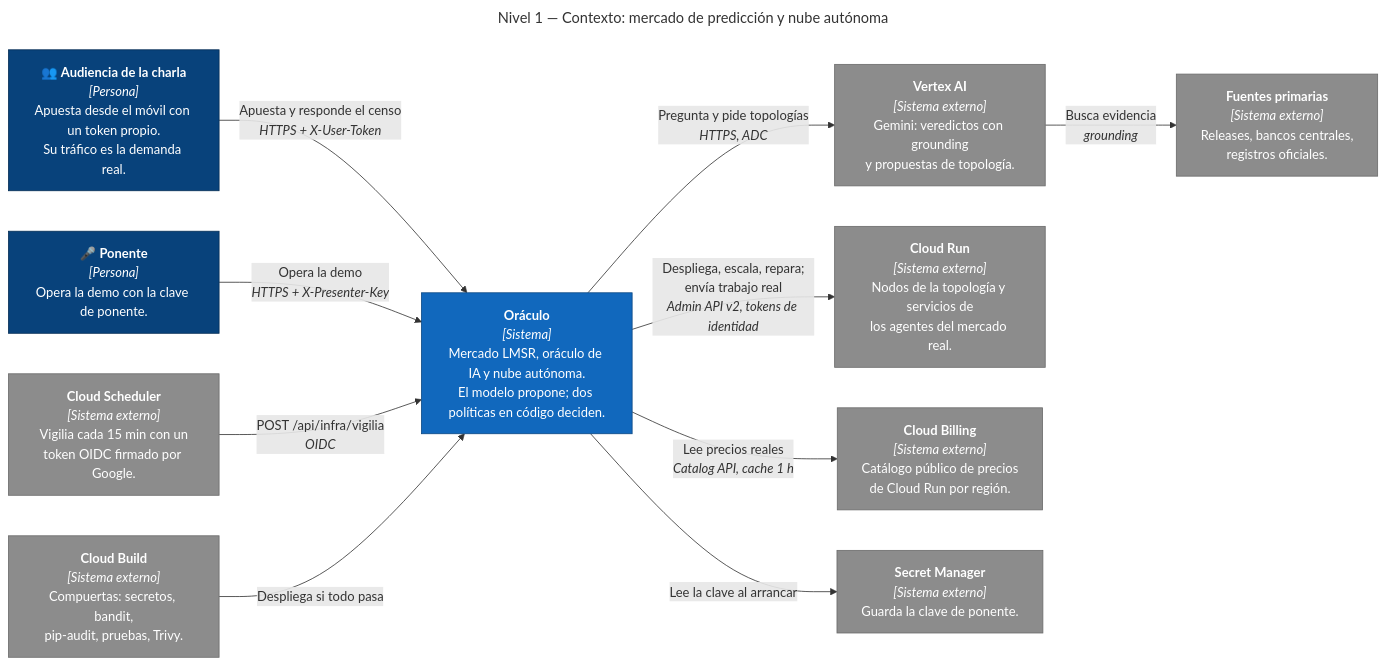
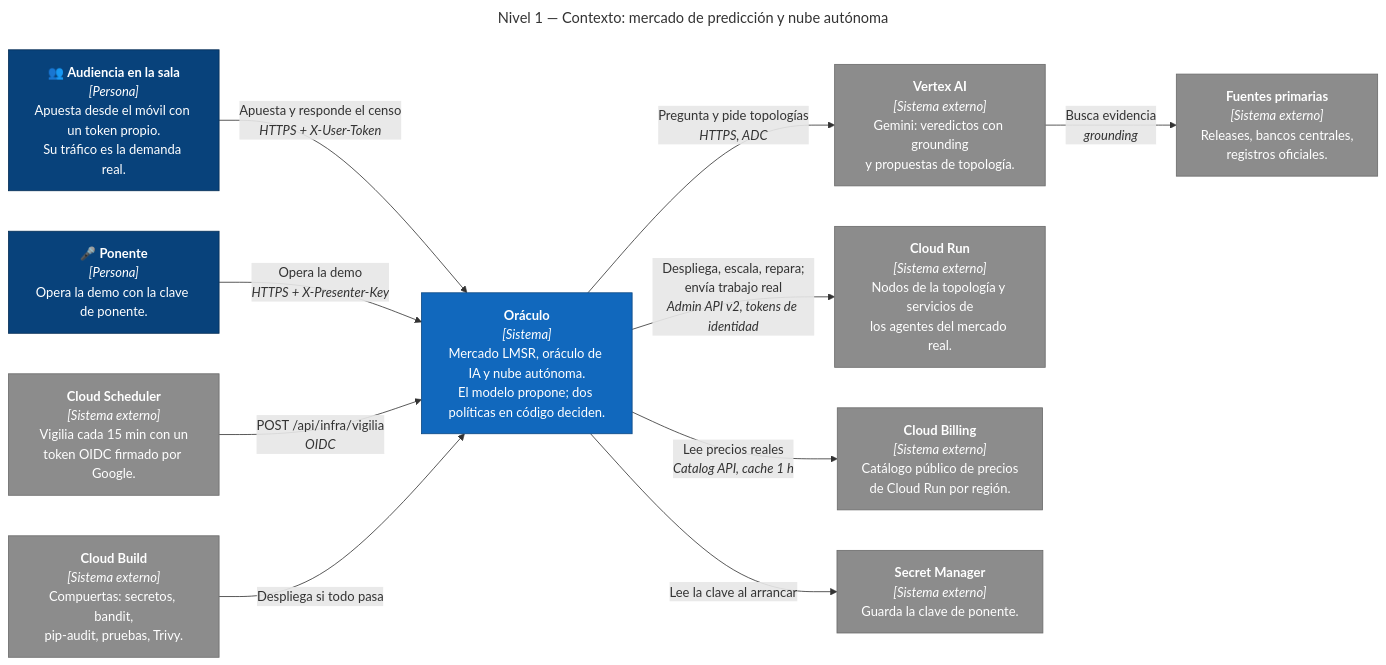
The first of 7 diagrams in docs/ARQUITECTURA.md (Ayege/Mercados-de-Prediccion-en-Vivo), drawn with Mermaid before and after one commit. The commit also changed other lines of this file and 51 other files, not shown here.

````diff
--- a/docs/ARQUITECTURA.md
+++ b/docs/ARQUITECTURA.md
@@ -25,38 +24,38 @@
 ```mermaid
 ---
 title: "Nivel 1 — Contexto: mercado de predicción y nube autónoma"
 ---
 %% Diagrama de contexto C4 dibujado como flowchart: el layout C4 nativo de Mermaid
 %% amontona las etiquetas. Colores C4: persona (azul oscuro), sistema propio (azul),
 %% sistema externo (gris).
 flowchart LR
-  publico["👥 <b>Audiencia de la charla</b><br/><i>[Persona]</i><br/>Apuesta desde el móvil con un token propio.<br/>Su tráfico es la demanda real."]
+  publico["👥 <b>Audiencia en la sala</b><br/><i>[Persona]</i><br/>Apuesta desde el móvil con un token propio.<br/>Su tráfico es la demanda real."]
   ponente["🎤 <b>Ponente</b><br/><i>[Persona]</i><br/>Opera la demo con la clave de ponente."]
 
   oraculo["<b>Oráculo</b><br/><i>[Sistema]</i><br/>Mercado LMSR, oráculo de IA y nube autónoma.<br/>El modelo propone; dos políticas en código deciden."]
 
   vertex["<b>Vertex AI</b><br/><i>[Sistema externo]</i><br/>Gemini: veredictos con grounding<br/>y propuestas de topología."]
   fuentes["<b>Fuentes primarias</b><br/><i>[Sistema externo]</i><br/>Releases, bancos centrales,<br/>registros oficiales."]
   cloudrun["<b>Cloud Run</b><br/><i>[Sistema externo]</i><br/>Nodos de la topología y servicios de<br/>los agentes del mercado real."]
   billing["<b>Cloud Billing</b><br/><i>[Sistema externo]</i><br/>Catálogo público de precios<br/>de Cloud Run por región."]
   secretos["<b>Secret Manager</b><br/><i>[Sistema externo]</i><br/>Guarda la clave de ponente."]
   scheduler["<b>Cloud Scheduler</b><br/><i>[Sistema externo]</i><br/>Vigilia cada 15 min con un<br/>token OIDC firmado por Google."]
   build["<b>Cloud Build</b><br/><i>[Sistema externo]</i><br/>Compuertas: secretos, bandit,<br/>pip-audit, pruebas, Trivy."]
 
   publico -- "Apuesta y responde el censo<br/><i>HTTPS + X-User-Token</i>" --> oraculo
   ponente -- "Opera la demo<br/><i>HTTPS + X-Presenter-Key</i>" --> oraculo
   oraculo -- "Pregunta y pide topologías<br/><i>HTTPS, ADC</i>" --> vertex
   vertex -- "Busca evidencia<br/><i>grounding</i>" --> fuentes
   oraculo -- "Despliega, escala, repara;<br/>envía trabajo real<br/><i>Admin API v2, tokens de identidad</i>" --> cloudrun
   oraculo -- "Lee precios reales<br/><i>Catalog API, cache 1 h</i>" --> billing
   oraculo -- "Lee la clave al arrancar" --> secretos
   scheduler -- "POST /api/infra/vigilia<br/><i>OIDC</i>" --> oraculo
   build -- "Despliega si todo pasa" --> oraculo
 
   classDef persona fill:#08427b,stroke:#052e56,color:#fff
   classDef sistema fill:#1168bd,stroke:#0b4884,color:#fff
   classDef externo fill:#8c8c8c,stroke:#6b6b6b,color:#fff
   class publico,ponente persona
   class oraculo sistema
   class vertex,fuentes,cloudrun,billing,secretos,scheduler,build externo
 ```
````
